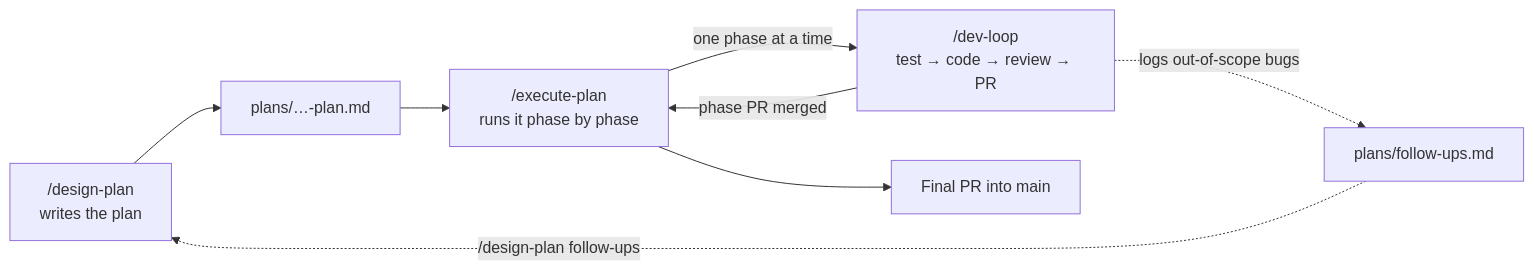
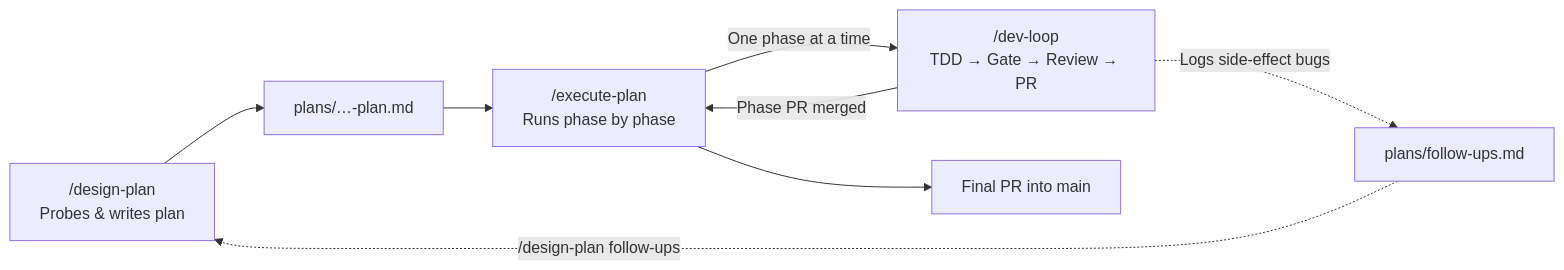
One commit to seriva/bootstrap changed the first of 2 diagrams in README.md. Above: the diagram before and after it, drawn with Mermaid. The commit also changed other lines of this file and 13 other files, not shown here.

````diff
--- a/README.md
+++ b/README.md
@@ -45,10 +62,10 @@
 ```mermaid
 flowchart LR
-    DP["/design-plan<br/>writes the plan"] --> Plan["plans/…-plan.md"]
-    Plan --> EP["/execute-plan<br/>runs it phase by phase"]
-    EP -->|"one phase at a time"| DL["/dev-loop<br/>test → code → review → PR"]
-    DL -->|"phase PR merged"| EP
-    DL -.->|"logs out-of-scope bugs"| FU["plans/follow-ups.md"]
+    DP["/design-plan<br/>Probes & writes plan"] --> Plan["plans/…-plan.md"]
+    Plan --> EP["/execute-plan<br/>Runs phase by phase"]
+    EP -->|"One phase at a time"| DL["/dev-loop<br/>TDD → Gate → Review → PR"]
+    DL -->|"Phase PR merged"| EP
+    DL -.->|"Logs side-effect bugs"| FU["plans/follow-ups.md"]
     FU -.->|"/design-plan follow-ups"| DP
     EP --> Final["Final PR into main"]
 ```
````
